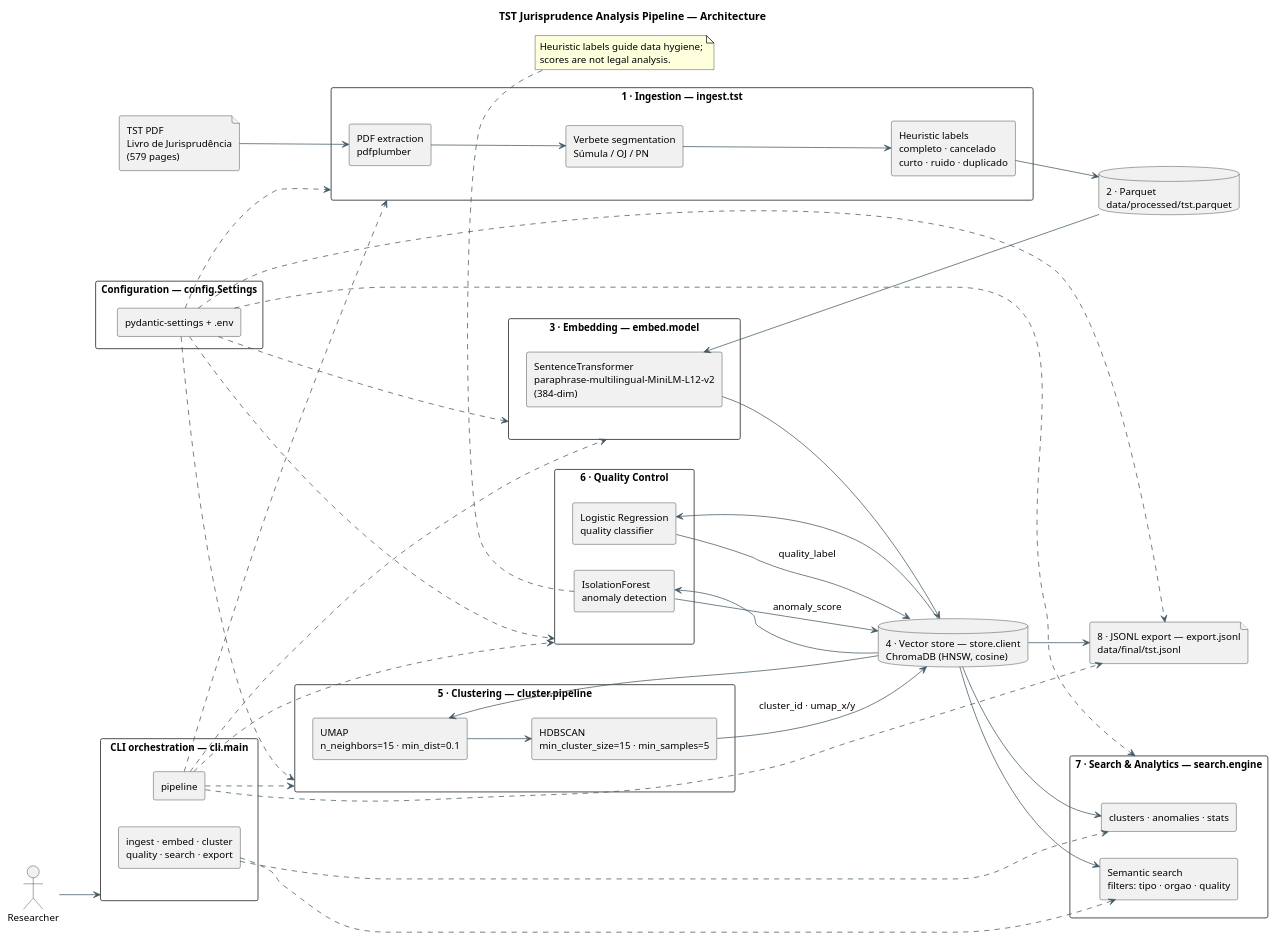
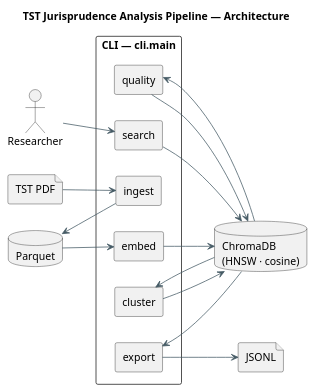
The diagram in capstone/README.md (mrpunkdasilva/data-science), drawn with PlantUML before and after one commit.

Commit message:
docs: simplify PlantUML architecture diagram in capstone README

````diff
--- a/capstone/README.md
+++ b/capstone/README.md
@@ -61,99 +61,38 @@
 ```plantuml
-@startuml capstone-architecture
+@startuml
+title TST Jurisprudence Analysis Pipeline — Architecture
 left to right direction
-title TST Jurisprudence Analysis Pipeline — Architecture
-
-skinparam backgroundColor #FFFFFF
 skinparam shadowing false
 skinparam componentStyle rectangle
-skinparam packageStyle rectangle
 skinparam arrowColor #455A64
-skinparam defaultFontSize 13
 
 actor "Researcher" as user
 
-package "CLI orchestration — cli.main" as cli {
-  [pipeline] as pipelineCmd
-  [ingest · embed · cluster\nquality · search · export] as cmds
+file "TST PDF" as pdf
+database "Parquet" as parquet
+database "ChromaDB\n(HNSW · cosine)" as chroma
+file "JSONL" as jsonl
+
+rectangle "CLI — cli.main" {
+  [ingest] as ingest
+  [embed] as embed
+  [cluster] as cluster
+  [quality] as quality
+  [export] as export
+  [search] as search
 }
 
-package "Configuration — config.Settings" as cfg {
-  [pydantic-settings + .env] as settings
-}
-
-file "TST PDF\nLivro de Jurisprudência\n(579 pages)" as pdf
-
-package "1 · Ingestion — ingest.tst" as ingest {
-  [PDF extraction\npdfplumber] as extract
-  [Verbete segmentation\nSúmula / OJ / PN] as segment
-  [Heuristic labels\ncompleto · cancelado\ncurto · ruido · duplicado] as hlabel
-}
-
-database "2 · Parquet\ndata/processed/tst.parquet" as parquet
-
-package "3 · Embedding — embed.model" as embed {
-  [SentenceTransformer\nparaphrase-multilingual-MiniLM-L12-v2\n(384-dim)] as st
-}
-
-database "4 · Vector store — store.client\nChromaDB (HNSW, cosine)" as chroma
-
-package "5 · Clustering — cluster.pipeline" as cluster {
-  [UMAP\nn_neighbors=15 · min_dist=0.1] as umap
-  [HDBSCAN\nmin_cluster_size=15 · min_samples=5] as hdbscan
-}
-
-package "6 · Quality Control" as quality {
-  [Logistic Regression\nquality classifier] as logreg
-  [IsolationForest\nanomaly detection] as iso
-}
-
-package "7 · Search & Analytics — search.engine" as search {
-  [Semantic search\nfilters: tipo · orgao · quality] as semsearch
-  [clusters · anomalies · stats] as analytics
-}
-
-file "8 · JSONL export — export.jsonl\ndata/final/tst.jsonl" as jsonl
-
-' ---- data flow ----
-pdf --> extract
-extract --> segment
-segment --> hlabel
-hlabel --> parquet
-parquet --> st
-st --> chroma
-chroma --> umap
-umap --> hdbscan
-chroma --> logreg
-chroma --> iso
-hdbscan --> chroma : cluster_id · umap_x/y
-logreg --> chroma : quality_label
-iso --> chroma : anomaly_score
-chroma --> semsearch
-chroma --> analytics
-chroma --> jsonl
-
-' ---- orchestration ----
-user --> cli
-pipelineCmd ..> ingest
-pipelineCmd ..> embed
-pipelineCmd ..> cluster
-pipelineCmd ..> quality
-pipelineCmd ..> jsonl
-cmds ..> semsearch
-cmds ..> analytics
-
-' ---- configuration ----
-settings ..> ingest
-settings ..> embed
-settings ..> cluster
-settings ..> quality
-settings ..> search
-settings ..> jsonl
-
-note bottom of iso
-  Heuristic labels guide data hygiene;
-  scores are not legal analysis.
-end note
-
+pdf --> ingest
+ingest --> parquet
+parquet --> embed
+embed --> chroma
+chroma --> cluster
+cluster --> chroma
+chroma --> quality
+quality --> chroma
+chroma --> export
+export --> jsonl
+user --> search
+search --> chroma
 @enduml
 ```
````
